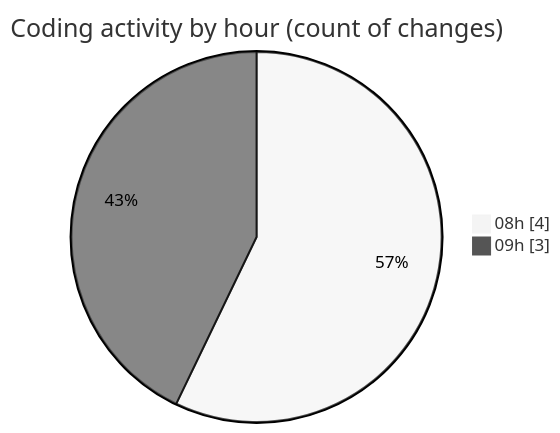
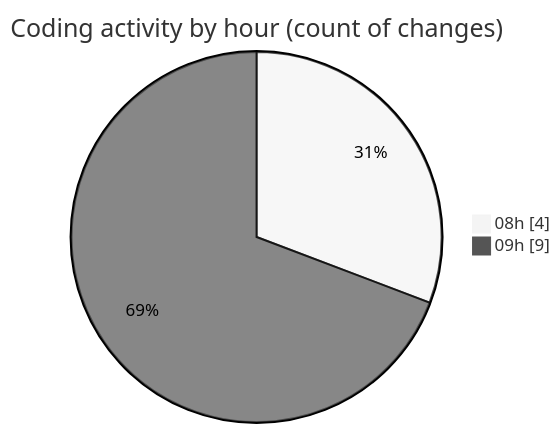
One commit to momahboobian/code-tracking changed the second of 2 diagrams in 2025-05-07/samplepdf/README.md. Above: the diagram before and after it, drawn with Mermaid (neutral theme). The commit also changed other lines of this file and 1 other file, not shown here.

````diff
--- a/2025-05-07/samplepdf/README.md
+++ b/2025-05-07/samplepdf/README.md
@@ -31,6 +31,6 @@
 ```mermaid
 pie showData
 title Coding activity by hour (count of changes)
 "08h" : 4
-"09h" : 3
+"09h" : 9
 ```
````
